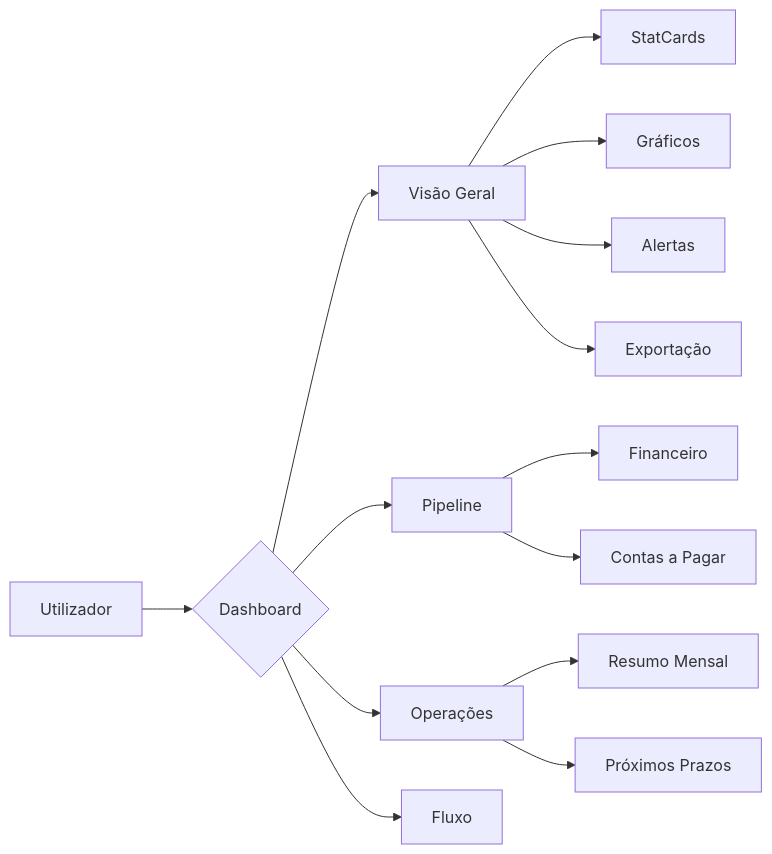
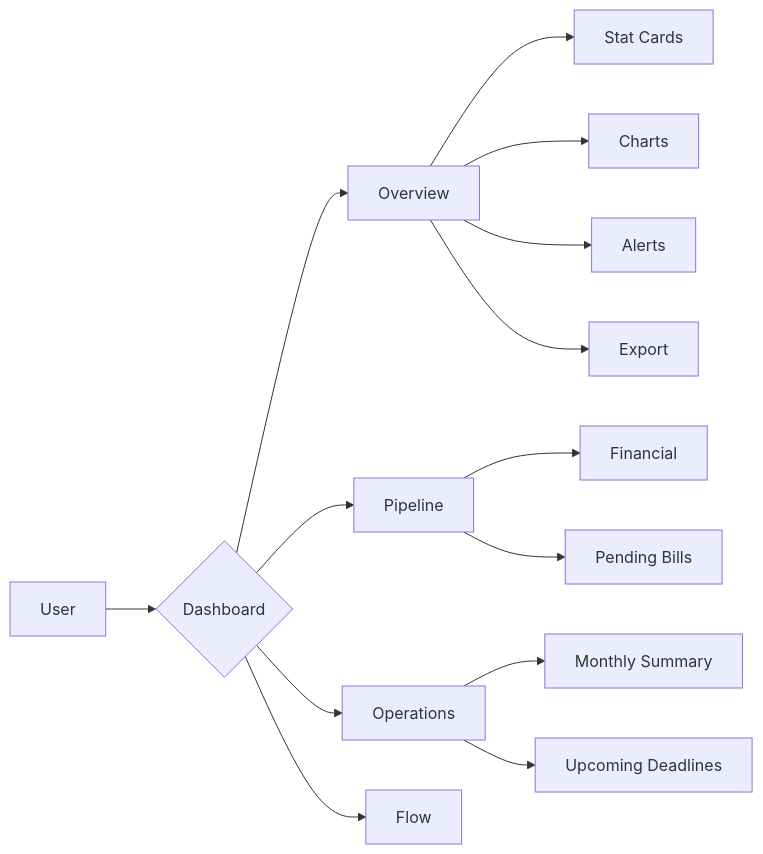
One commit to mohamedsillahhh-cloud/DevFlow changed the second of 3 diagrams in README.md. Above: the diagram before and after it, drawn with Mermaid. The commit also changed other lines of this file, not shown here.

````diff
--- a/README.md
+++ b/README.md
@@ -127,19 +124,19 @@
 ```mermaid
 flowchart LR
-    A[Utilizador] --> B{Dashboard}
-    B --> C[Visão Geral]
+    A[User] --> B{Dashboard}
+    B --> C[Overview]
     B --> D[Pipeline]
-    B --> E[Operações]
-    B --> F[Fluxo]
+    B --> E[Operations]
+    B --> F[Flow]
 
-    C --> G[StatCards]
-    C --> H[Gráficos]
-    C --> I[Alertas]
-    C --> J[Exportação]
+    C --> G[Stat Cards]
+    C --> H[Charts]
+    C --> I[Alerts]
+    C --> J[Export]
 
-    D --> K[Financeiro]
-    D --> L[Contas a Pagar]
+    D --> K[Financial]
+    D --> L[Pending Bills]
 
-    E --> M[Resumo Mensal]
-    E --> N[Próximos Prazos]
+    E --> M[Monthly Summary]
+    E --> N[Upcoming Deadlines]
 ```
````
